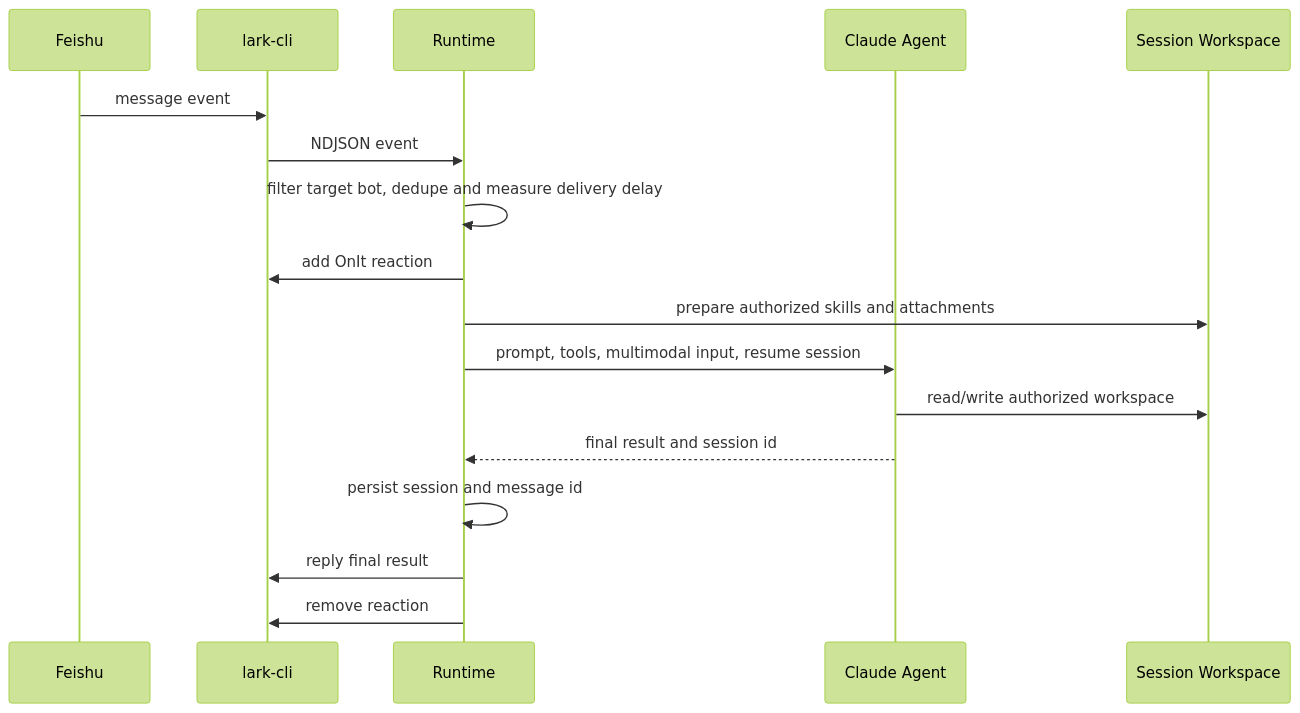
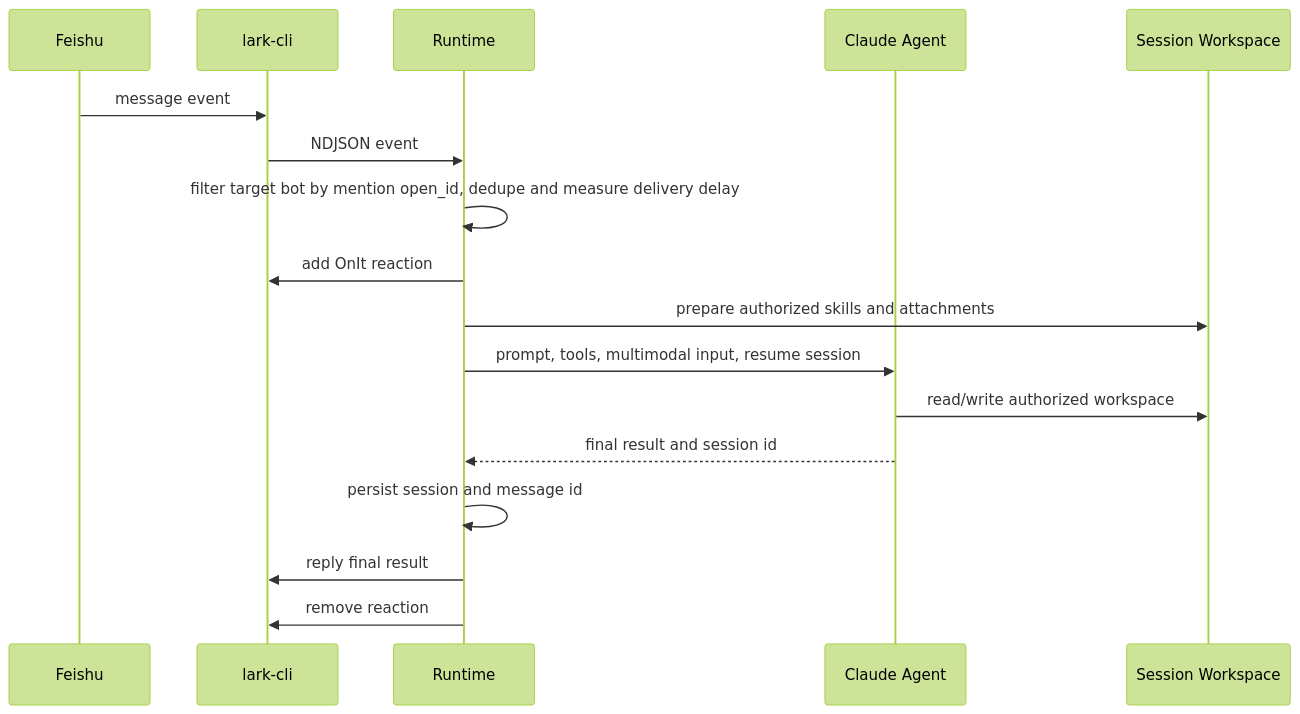
One commit to Quarkfan/QuarkFanTools changed the second of 2 diagrams in docs/architecture.md. Above: the diagram before and after it, drawn with Mermaid (forest theme). The commit also changed other lines of this file and 15 other files, not shown here.

Commit message:
fix: route feishu mentions by bot open id

````diff
--- a/docs/architecture.md
+++ b/docs/architecture.md
@@ -28,20 +30,20 @@
 ```mermaid
 sequenceDiagram
     participant F as Feishu
     participant L as lark-cli
     participant R as Runtime
     participant C as Claude Agent
     participant W as Session Workspace
 
     F->>L: message event
     L->>R: NDJSON event
-    R->>R: filter target bot, dedupe and measure delivery delay
+    R->>R: filter target bot by mention open_id, dedupe and measure delivery delay
     R->>L: add OnIt reaction
     R->>W: prepare authorized skills and attachments
     R->>C: prompt, tools, multimodal input, resume session
     C->>W: read/write authorized workspace
     C-->>R: final result and session id
     R->>R: persist session and message id
     R->>L: reply final result
     R->>L: remove reaction
 ```
````
